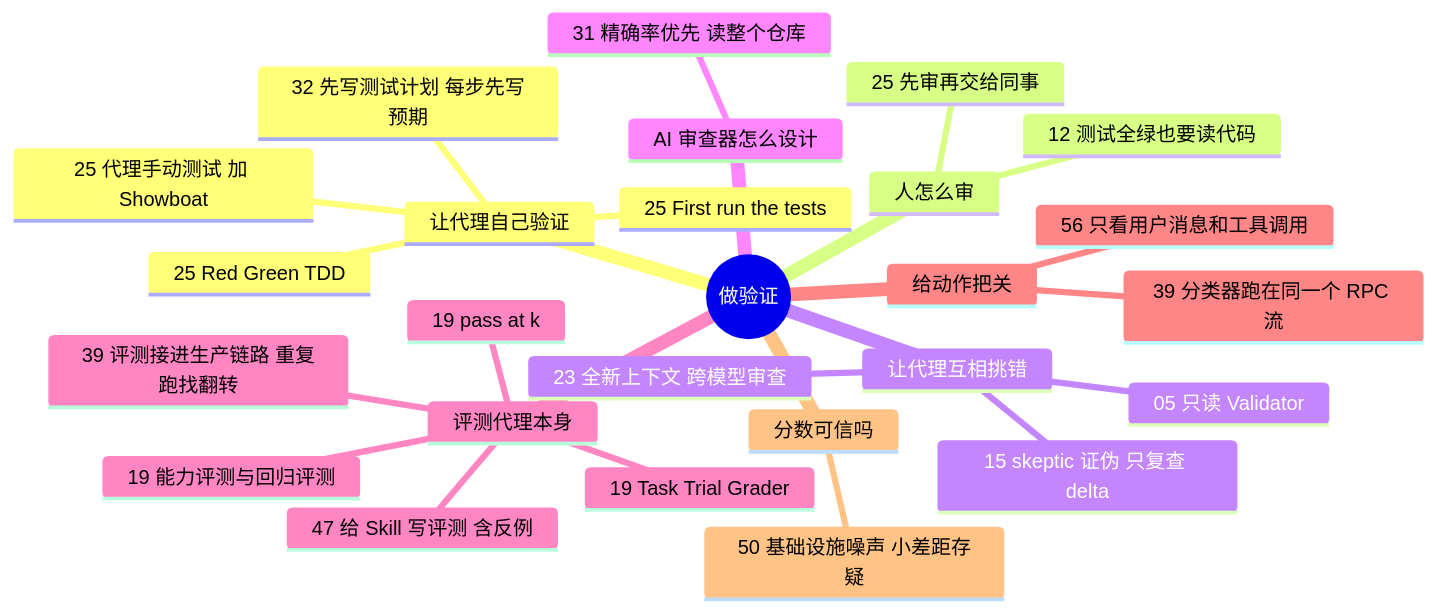
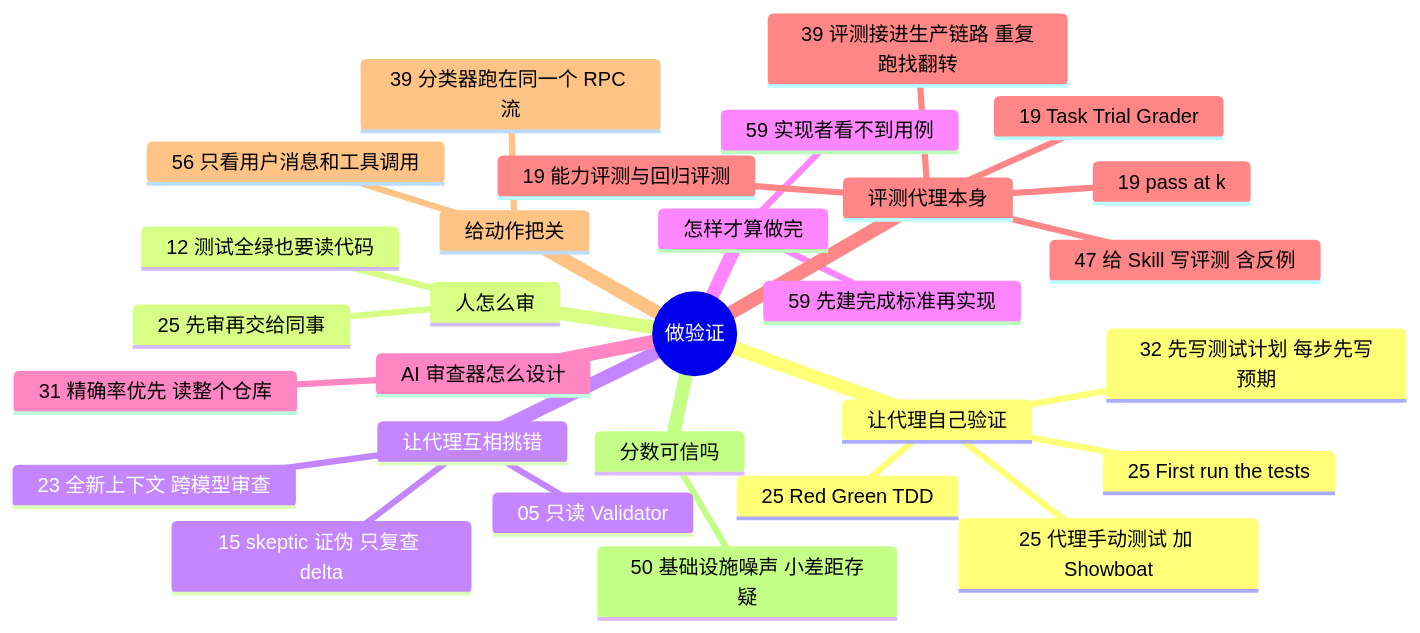
The diagram in docs/guide/verification.md (yzw7489757/ai-coding-videos), drawn with Mermaid before and after one commit. The commit also changed other lines of this file and 16 other files, not shown here.

````diff
--- a/docs/guide/verification.md
+++ b/docs/guide/verification.md
@@ -13,29 +13,32 @@
 ```mermaid
 mindmap
   root((做验证))
     让代理自己验证
       25 Red Green TDD
       25 First run the tests
       25 代理手动测试 加 Showboat
       32 先写测试计划 每步先写预期
     人怎么审
       12 测试全绿也要读代码
       25 先审再交给同事
     让代理互相挑错
       15 skeptic 证伪 只复查 delta
       05 只读 Validator
       23 全新上下文 跨模型审查
+    怎样才算做完
+      59 先建完成标准再实现
+      59 实现者看不到用例
     AI 审查器怎么设计
       31 精确率优先 读整个仓库
     评测代理本身
       19 Task Trial Grader
       19 能力评测与回归评测
       19 pass at k
       39 评测接进生产链路 重复跑找翻转
       47 给 Skill 写评测 含反例
     给动作把关
       39 分类器跑在同一个 RPC 流
       56 只看用户消息和工具调用
     分数可信吗
       50 基础设施噪声 小差距存疑
 ```
````
